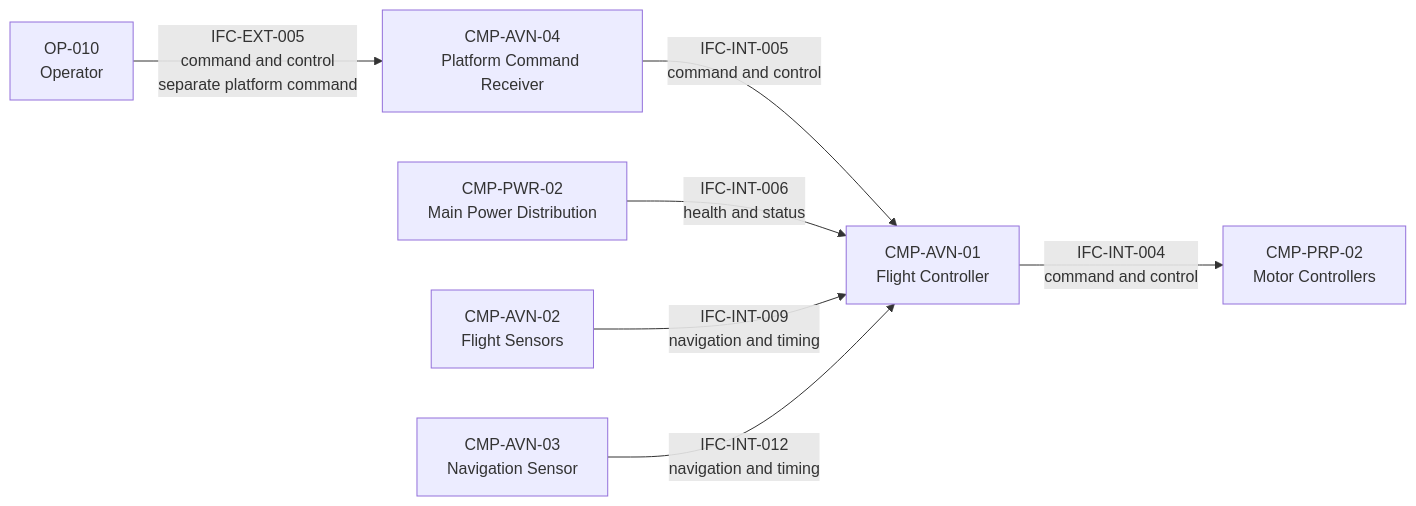
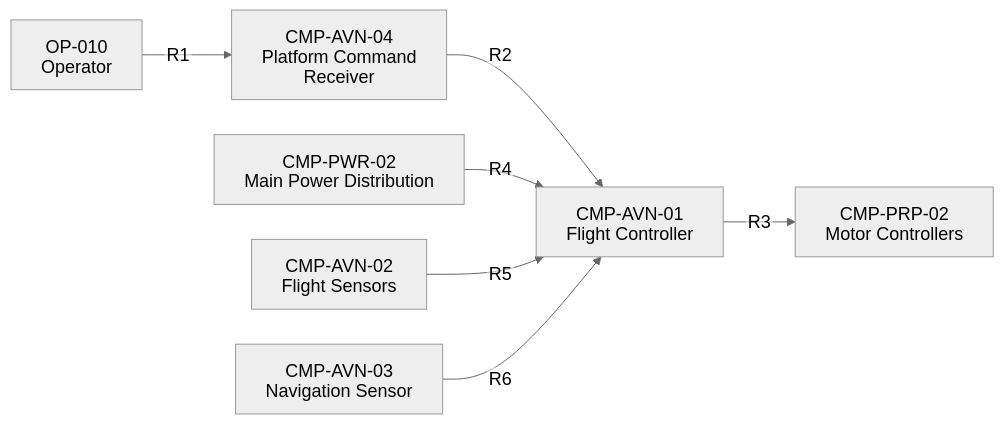
The fifth of 15 diagrams in docs/reference/architecture-atlas.md (noahstephenson/low-cost-relay-uas), drawn with Mermaid before and after one commit. The commit also changed other lines of this file and 22 other files, not shown here.

Commit message:
Teach the relay UAS architecture through a guided reading path and readable views

````diff
--- a/docs/reference/architecture-atlas.md
+++ b/docs/reference/architecture-atlas.md
@@ -148,17 +230,18 @@
 ```mermaid
+%%{init: {"theme": "neutral", "htmlLabels": false, "themeVariables": {"fontSize": "18px"}, "flowchart": {"htmlLabels": false, "nodeSpacing": 35, "rankSpacing": 45}}}%%
 flowchart LR
     %% Configuration scope: CFG-REP / CFG-DOM
     OP_010["OP-010<br/>Operator"]
     CMP_AVN_01["CMP-AVN-01<br/>Flight Controller"]
     CMP_AVN_02["CMP-AVN-02<br/>Flight Sensors"]
     CMP_AVN_03["CMP-AVN-03<br/>Navigation Sensor"]
     CMP_AVN_04["CMP-AVN-04<br/>Platform Command Receiver"]
     CMP_PRP_02["CMP-PRP-02<br/>Motor Controllers"]
     CMP_PWR_02["CMP-PWR-02<br/>Main Power Distribution"]
-    OP_010 -->|"IFC-EXT-005<br/>command and control<br/>separate platform command"| CMP_AVN_04
-    CMP_AVN_04 -->|"IFC-INT-005<br/>command and control"| CMP_AVN_01
-    CMP_AVN_01 -->|"IFC-INT-004<br/>command and control"| CMP_PRP_02
-    CMP_PWR_02 -->|"IFC-INT-006<br/>health and status"| CMP_AVN_01
-    CMP_AVN_02 -->|"IFC-INT-009<br/>navigation and timing"| CMP_AVN_01
-    CMP_AVN_03 -->|"IFC-INT-012<br/>navigation and timing"| CMP_AVN_01
+    OP_010 -->|"R1"| CMP_AVN_04
+    CMP_AVN_04 -->|"R2"| CMP_AVN_01
+    CMP_AVN_01 -->|"R3"| CMP_PRP_02
+    CMP_PWR_02 -->|"R4"| CMP_AVN_01
+    CMP_AVN_02 -->|"R5"| CMP_AVN_01
+    CMP_AVN_03 -->|"R6"| CMP_AVN_01
 ```
````
